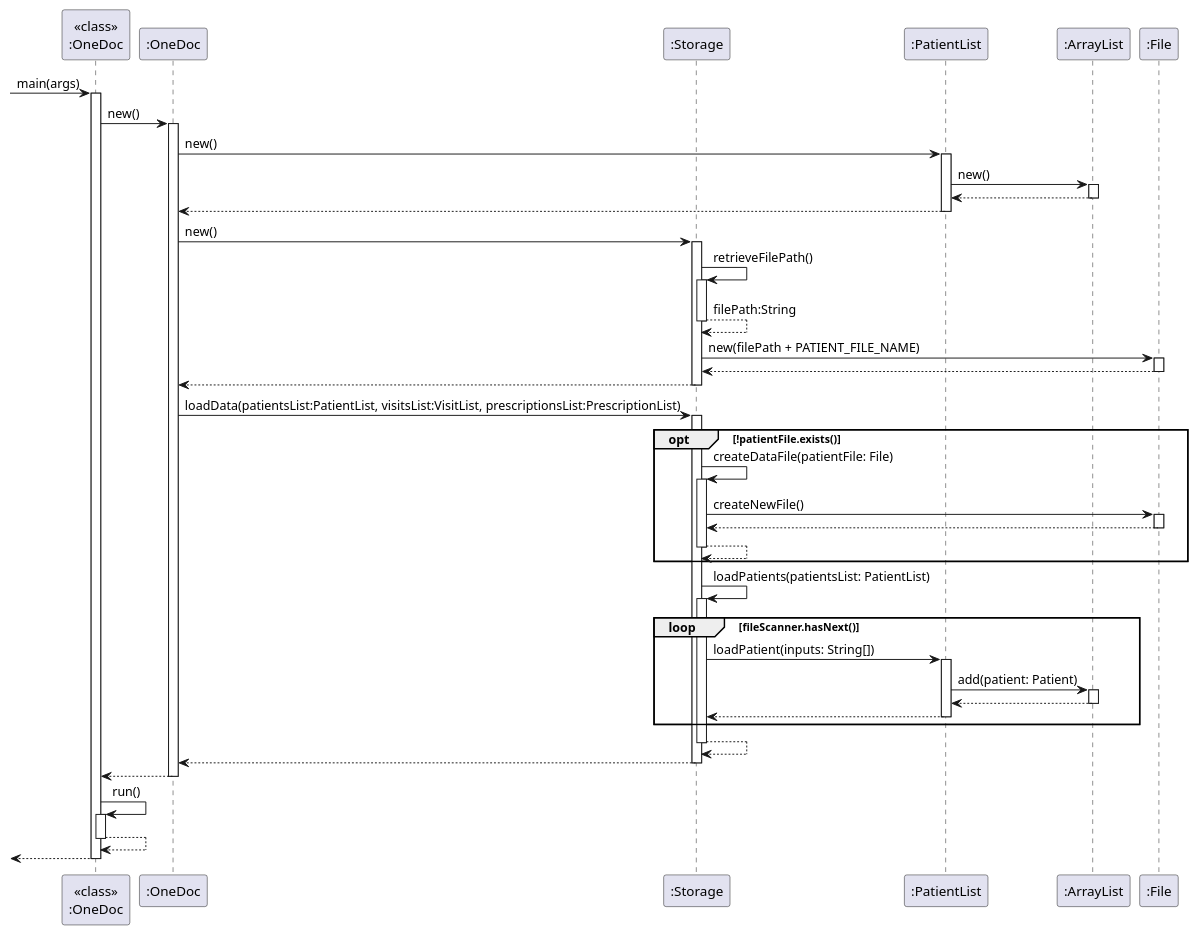
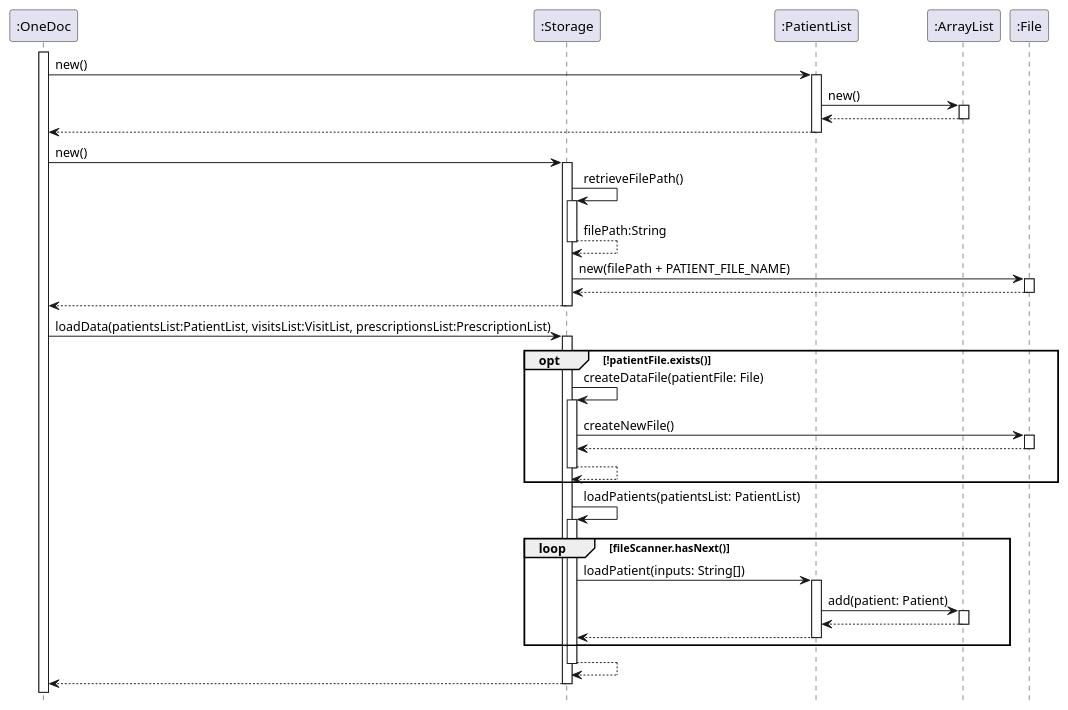
Before and after one commit to nus-cs2113-AY2223S1/tp: the diagram in diagrams/PatientListInitialization.puml, drawn with PlantUML. The commit also changed 8 other files, not shown here.

```diff
--- a/diagrams/PatientListInitialization.puml
+++ b/diagrams/PatientListInitialization.puml
@@ -1,78 +1,70 @@
 @startuml
+hide footbox
 'https://plantuml.com/sequence-diagram
 
-participant "<<class>>\n:OneDoc" as B
+
 participant ":OneDoc" as A
 participant ":Storage" as D
 participant ":PatientList" as C
 
 participant ":ArrayList" as E
 participant ":File" as F
 
-[-> B : main(args)
-activate B
-
-B -> A : new()
 activate A
 
 A -> C: new()
 activate C
 
 C -> E: new()
 activate E
 return
 
 return
 
 A -> D: new()
 activate D
 D -> D: retrieveFilePath()
 activate D
 return filePath:String
 
 D -> F: new(filePath + PATIENT_FILE_NAME)
 activate F
 return
 
 
 return
 
 A -> D: loadData(patientsList:PatientList, visitsList:VisitList, prescriptionsList:PrescriptionList)
 activate D
 opt !patientFile.exists()
 
 D -> D: createDataFile(patientFile: File)
 activate D
 D -> F: createNewFile()
 activate F
 return
 return
 end
 
 D -> D: loadPatients(patientsList: PatientList)
 activate D
 loop fileScanner.hasNext()
 D -> C: loadPatient(inputs: String[])
 activate C
 C -> E: add(patient: Patient)
 activate E
 return
 return
 
 end
 
 return
 
 
 return
 
-return
 
-B -> B: run()
-activate B
-return
 
-return
 
 
 @enduml
```
